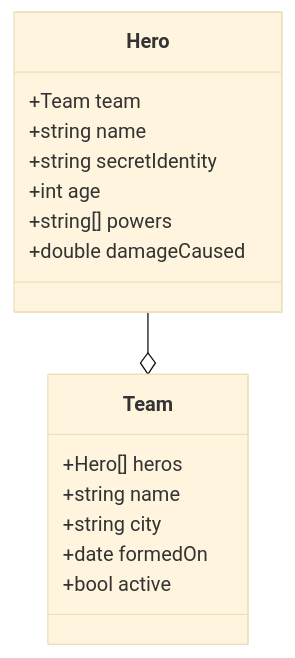
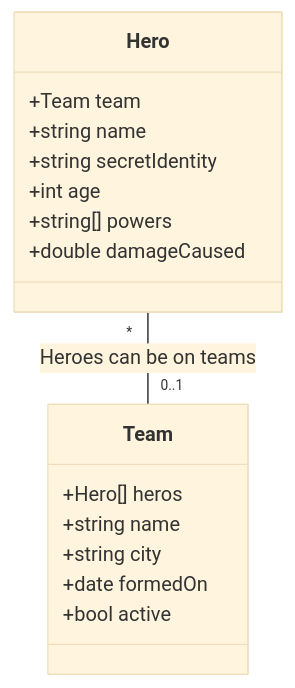
One commit to ChemeketaCS/cs290DemoPlayground changed the diagram in DataDocumentation.md. Above: the diagram before and after it, drawn with Mermaid (base theme). The commit also changed other lines of this file, not shown here.

````diff
--- a/DataDocumentation.md
+++ b/DataDocumentation.md
@@ -5,22 +5,21 @@
 ```mermaid
 classDiagram
     class Team {
       +Hero[] heros
       +string name
       +string city
       +date formedOn
       +bool active
     }
 
     class Hero {
       +Team team
       +string name
       +string secretIdentity
       +int age
       +string[] powers
       +double damageCaused
     }
 
-    %%Links between entities - don't worry too much about details
-    Hero --o Team
+    Hero "*" -- "0..1" Team : Heroes can be on teams
 ```
````
